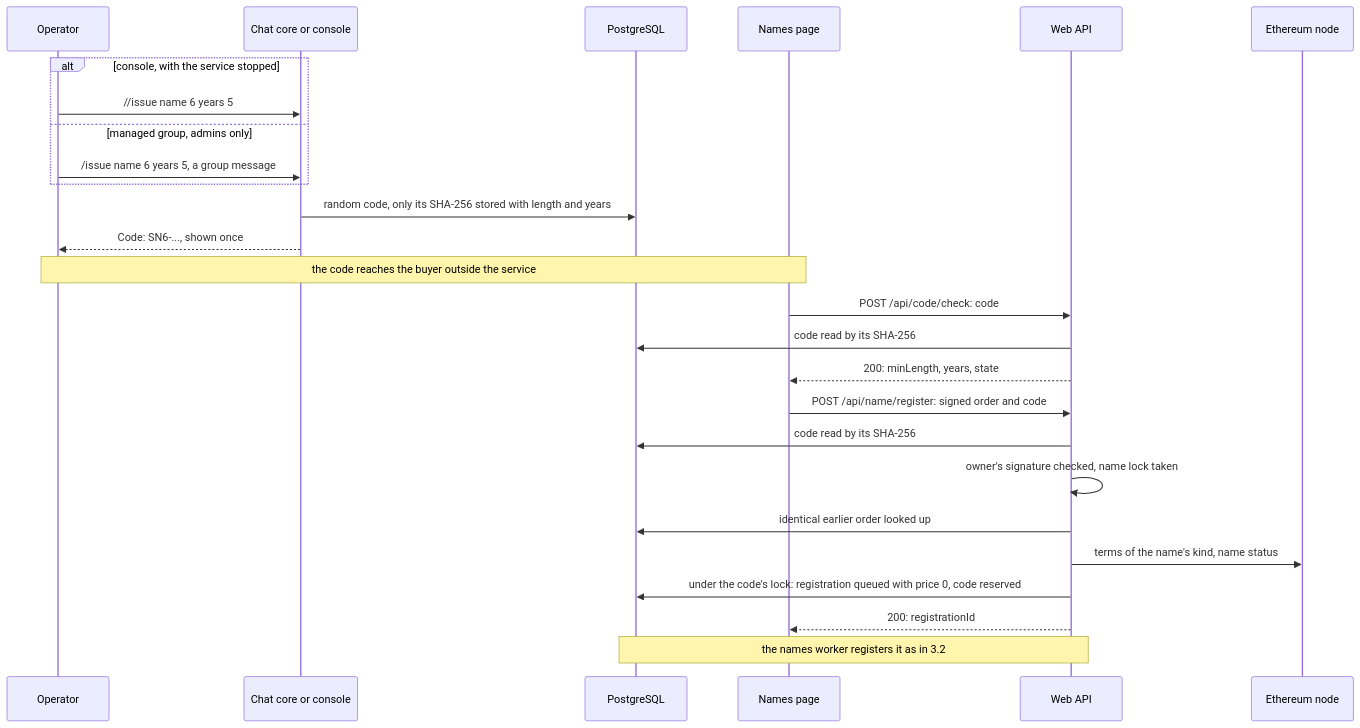
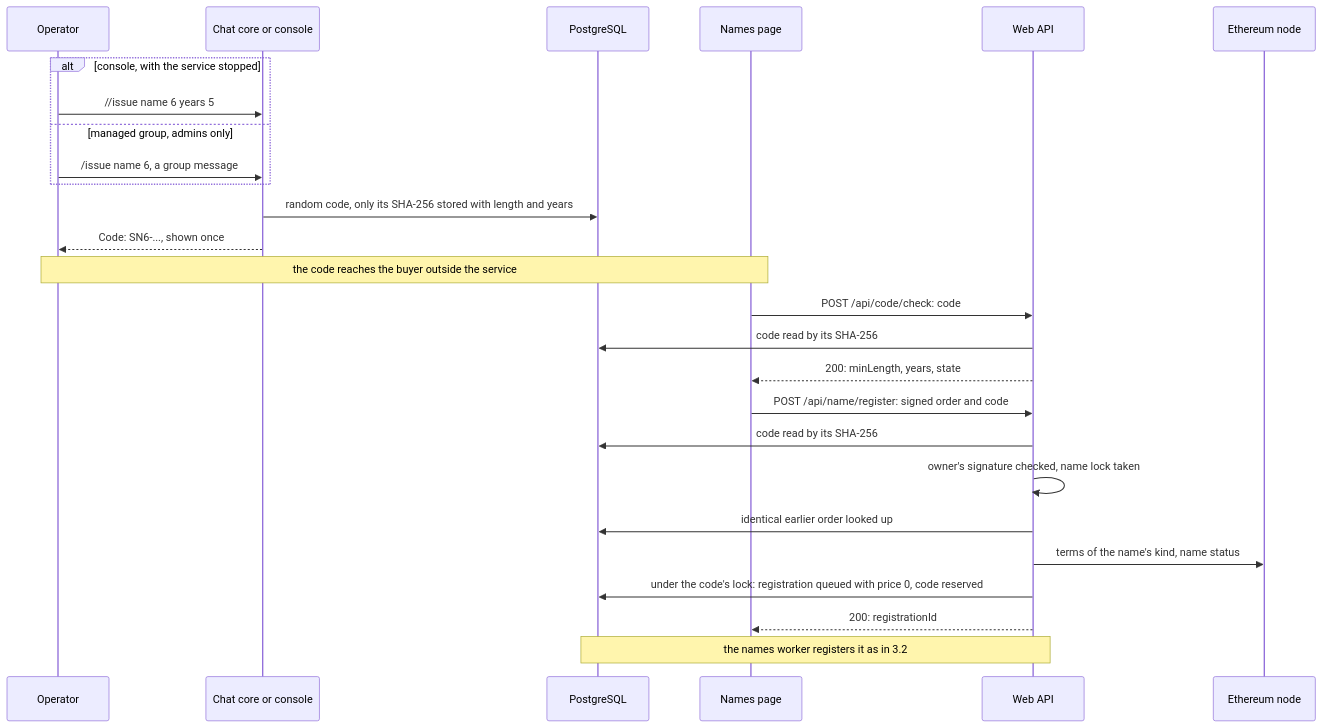
Before and after one commit to simplex-chat/simplex-chat: the fourth of 13 diagrams in apps/simplex-store-service/docs/names.md, drawn with Mermaid. The commit also changed other lines of this file and 7 other files, not shown here.

Commit message:
store: limit group name codes to single 2-year codes, 10 a day

````diff
--- a/apps/simplex-store-service/docs/names.md
+++ b/apps/simplex-store-service/docs/names.md
@@ -249,28 +249,28 @@
 ```mermaid
 sequenceDiagram
   participant O as Operator
   participant C as Chat core or console
   participant D as PostgreSQL
   participant P as Names page
   participant W as Web API
   participant E as Ethereum node
   alt console, with the service stopped
     O->>C: //issue name 6 years 5
   else managed group, admins only
-    O->>C: /issue name 6 years 5, a group message
+    O->>C: /issue name 6, a group message
   end
   C->>D: random code, only its SHA-256 stored with length and years
   C-->>O: Code: SN6-..., shown once
   Note over O,P: the code reaches the buyer outside the service
   P->>W: POST /api/code/check: code
   W->>D: code read by its SHA-256
   W-->>P: 200: minLength, years, state
   P->>W: POST /api/name/register: signed order and code
   W->>D: code read by its SHA-256
   W->>W: owner's signature checked, name lock taken
   W->>D: identical earlier order looked up
   W->>E: terms of the name's kind, name status
   W->>D: under the code's lock: registration queued with price 0, code reserved
   W-->>P: 200: registrationId
   Note over W,D: the names worker registers it as in 3.2
 ```
````
